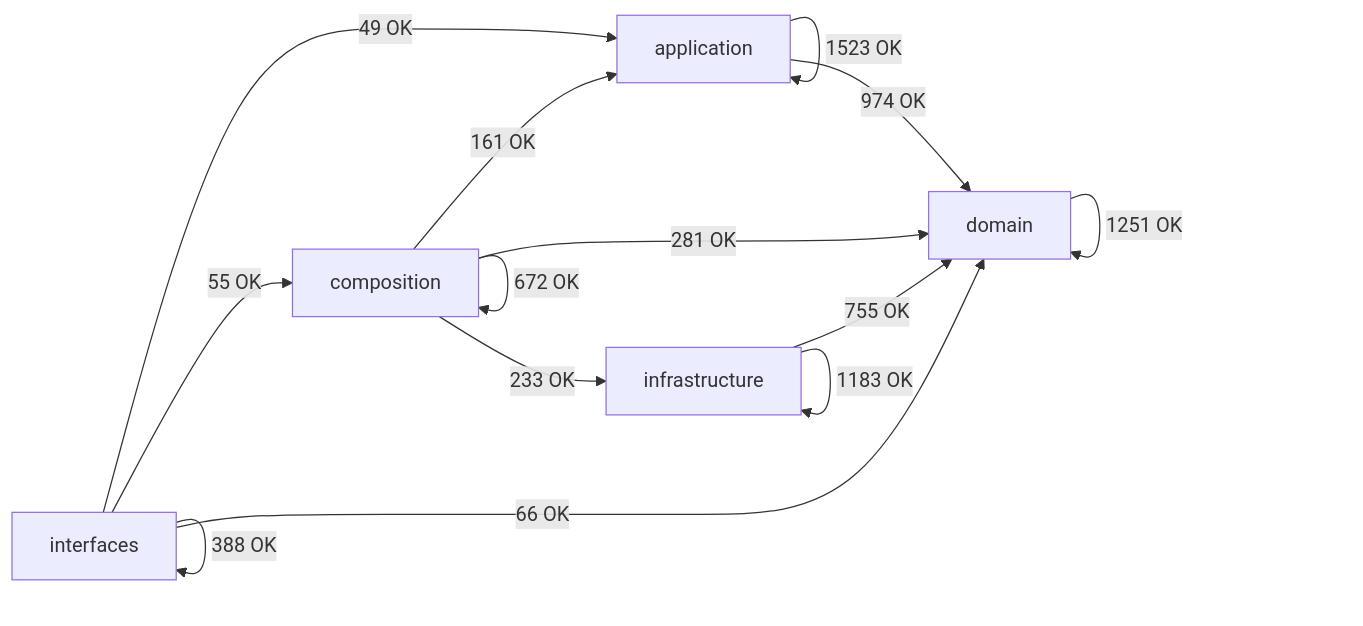
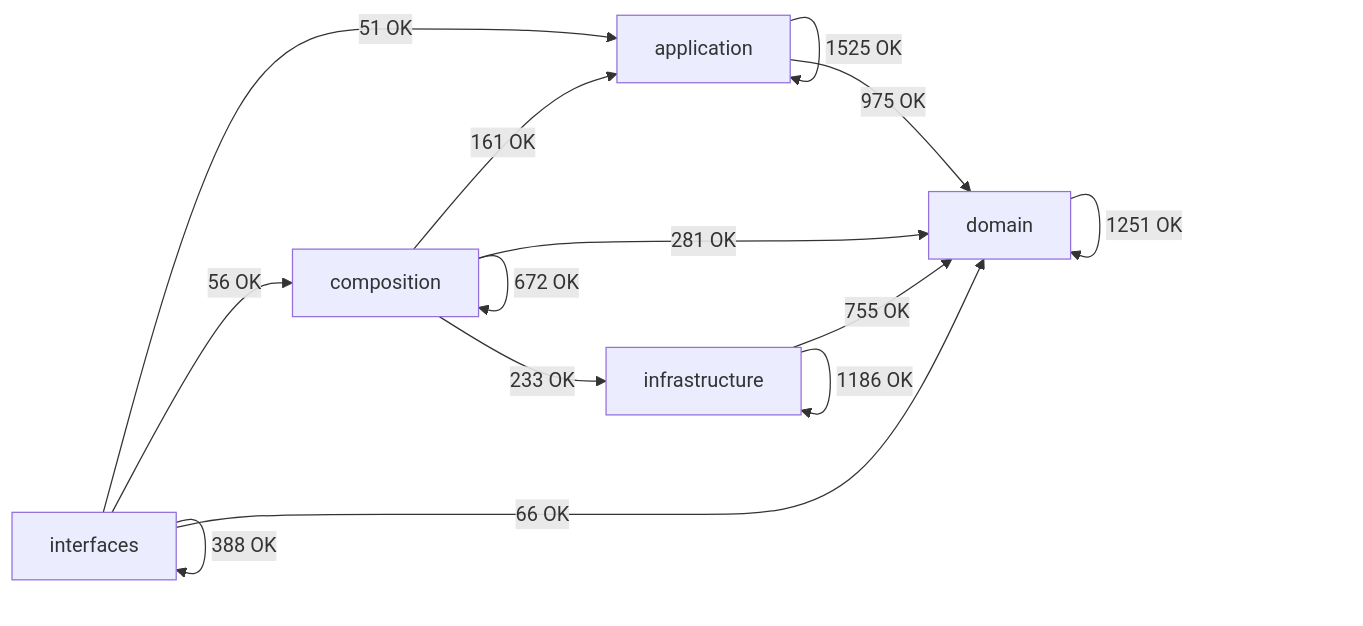
The diagram in docs/02-architecture/generated/module-dependency-map.md (SatoryKono/BioactivityDataAcquisition), drawn with Mermaid before and after one commit. The commit also changed other lines of this file and 17 other files, not shown here.

````diff
--- a/docs/02-architecture/generated/module-dependency-map.md
+++ b/docs/02-architecture/generated/module-dependency-map.md
@@ -17,21 +17,21 @@
 ```mermaid
 flowchart LR
     domain[domain]
     application[application]
     infrastructure[infrastructure]
     composition[composition]
     interfaces[interfaces]
-    application -->|1523 OK| application
-    application -->|974 OK| domain
+    application -->|1525 OK| application
+    application -->|975 OK| domain
     composition -->|161 OK| application
     composition -->|672 OK| composition
     composition -->|281 OK| domain
     composition -->|233 OK| infrastructure
     domain -->|1251 OK| domain
     infrastructure -->|755 OK| domain
-    infrastructure -->|1183 OK| infrastructure
-    interfaces -->|49 OK| application
-    interfaces -->|55 OK| composition
+    infrastructure -->|1186 OK| infrastructure
+    interfaces -->|51 OK| application
+    interfaces -->|56 OK| composition
     interfaces -->|66 OK| domain
     interfaces -->|388 OK| interfaces
 ```
````
